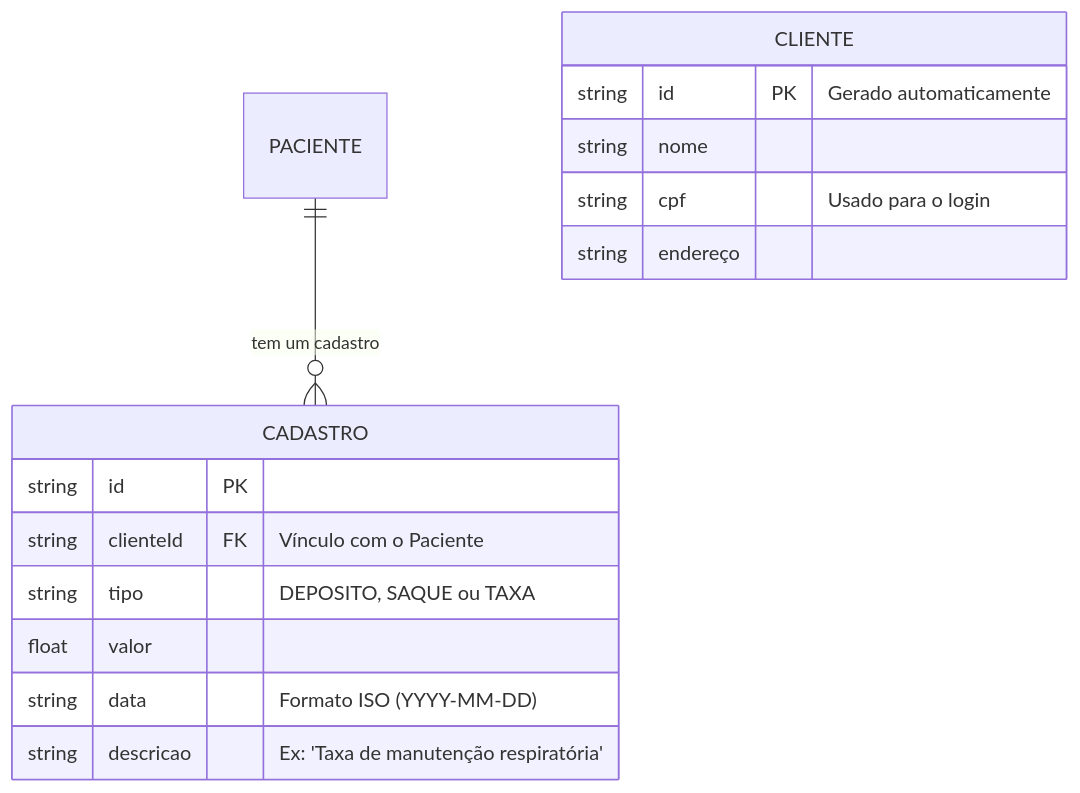
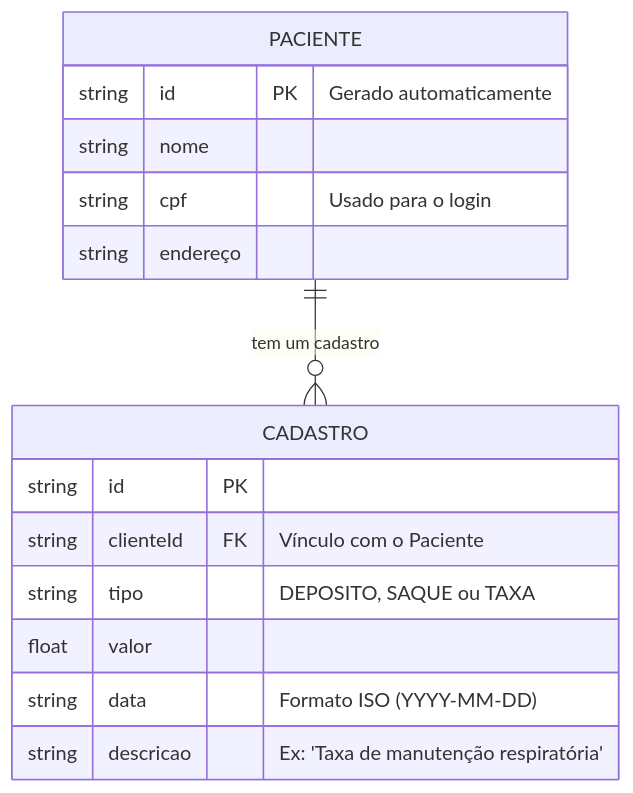
The diagram in Docs/spec.md (fehliperamos4/projeto-v1), drawn with Mermaid before and after one commit.

````diff
--- a/Docs/spec.md
+++ b/Docs/spec.md
@@ -9,18 +9,18 @@
 ```mermaid
 erDiagram
 PACIENTE ||--o{ CADASTRO : "tem um cadastro"
-CLIENTE {
+PACIENTE {
 string id PK "Gerado automaticamente"
 string nome
 string cpf "Usado para o login"
 string endereço
 }
 CADASTRO {
 string id PK
 string clienteId FK "Vínculo com o Paciente"
 string tipo "DEPOSITO, SAQUE ou TAXA"
 float valor
 string data "Formato ISO (YYYY-MM-DD)"
 string descricao "Ex: 'Taxa de manutenção respiratória'"
 }
 ```
````
